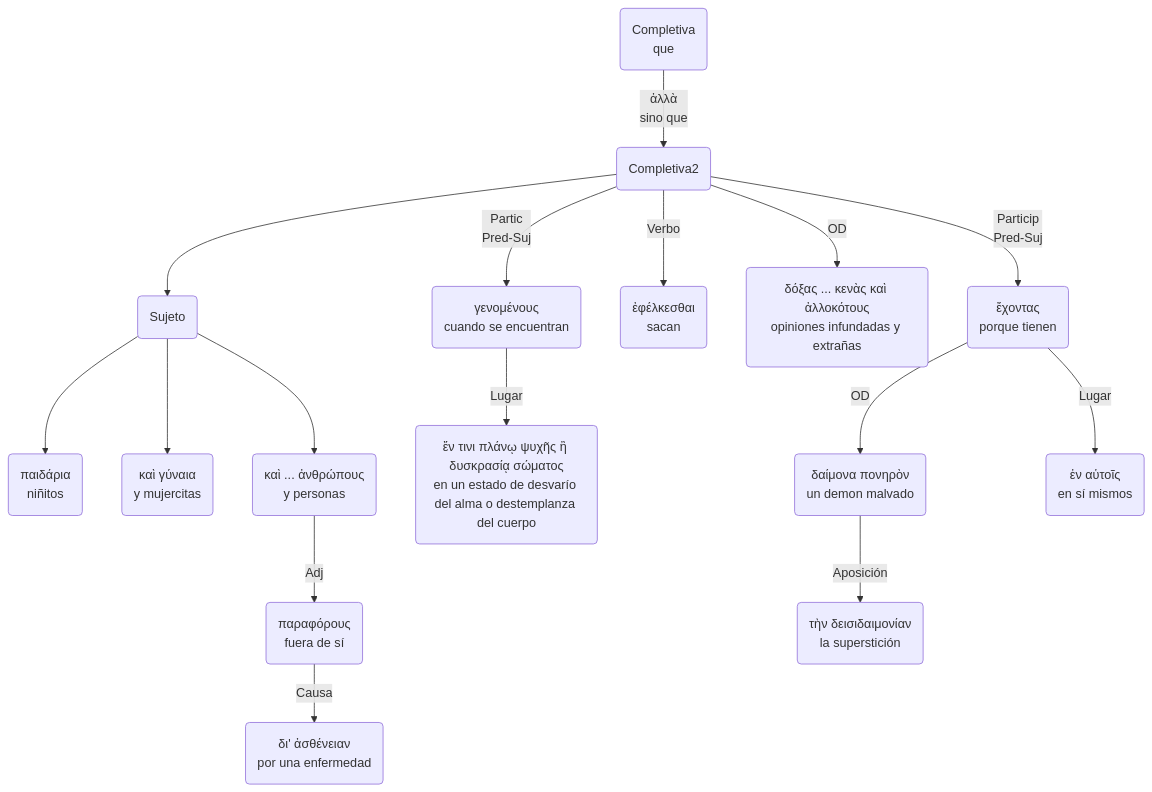
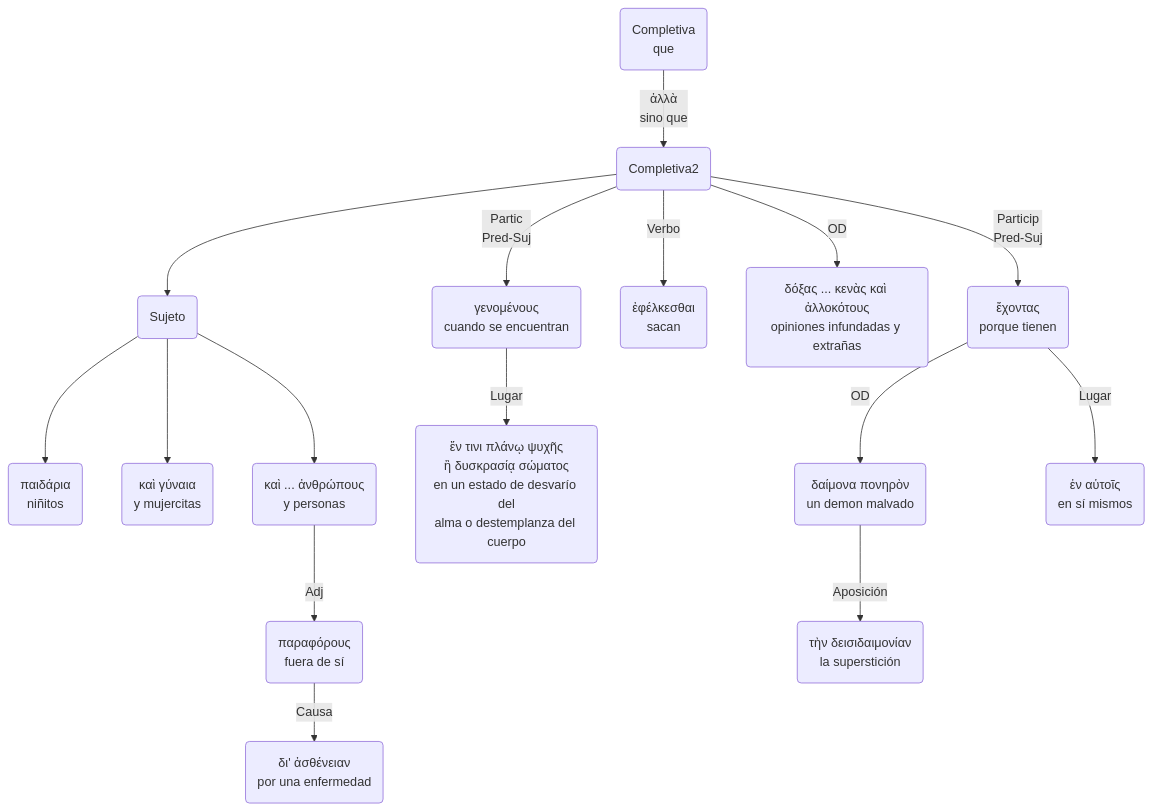
Before and after one commit to pajaro1966/Asignaturas: diagram 14 of 54 in docs/Plutarch_Dion/Dion.md, drawn with Mermaid. The commit also changed other lines of this file and 79 other files, not shown here.

````diff
--- a/docs/Plutarch_Dion/Dion.md
+++ b/docs/Plutarch_Dion/Dion.md
@@ -311,14 +315,14 @@
     ```mermaid
     graph TB
     F("Completiva<br>que")-->|"ἀλλὰ<br>sino que"|F2("Completiva2")
     F2-->J("Sujeto")
     J-->J1("παιδάρια<br>niñitos")
     J-->J2("καὶ γύναια<br>y mujercitas")
     J-->J3("καὶ ... ἀνθρώπους<br>y personas")-->|"Adj"|J31("παραφόρους<br>fuera de sí")-->|"Causa"|J311("δι' ἀσθένειαν<br>por una enfermedad")
-    F2-->|"Partic<br>Pred-Suj"|K("γενομένους<br>cuando se encuentran")-->|"Lugar"|K1("ἔν τινι πλάνῳ ψυχῆς ἢ δυσκρασίᾳ σώματος<br>en un estado de desvarío del alma o destemplanza del cuerpo")
+    F2-->|"Partic<br>Pred-Suj"|K("γενομένους<br>cuando se encuentran")-->|"Lugar"|K1("ἔν τινι πλάνῳ ψυχῆς<br>ἢ δυσκρασίᾳ σώματος<br>en un estado de desvarío del<br>alma o destemplanza del cuerpo")
     F2-->|"Verbo"|L("ἐφέλκεσθαι<br>sacan")
     F2-->|"OD"|M("δόξας ... κενὰς καὶ ἀλλοκότους<br>opiniones infundadas y extrañas")
     F2-->|"Particip<br>Pred-Suj"|N("ἔχοντας<br>porque tienen")
     N-->|"OD"|O("δαίμονα πονηρὸν<br>un demon malvado")-->|"Aposición"|Q("τὴν δεισιδαιμονίαν<br>la superstición")
     N-->|"Lugar"|P("ἐν αὑτοῖς<br>en sí mismos")
     ```
````
